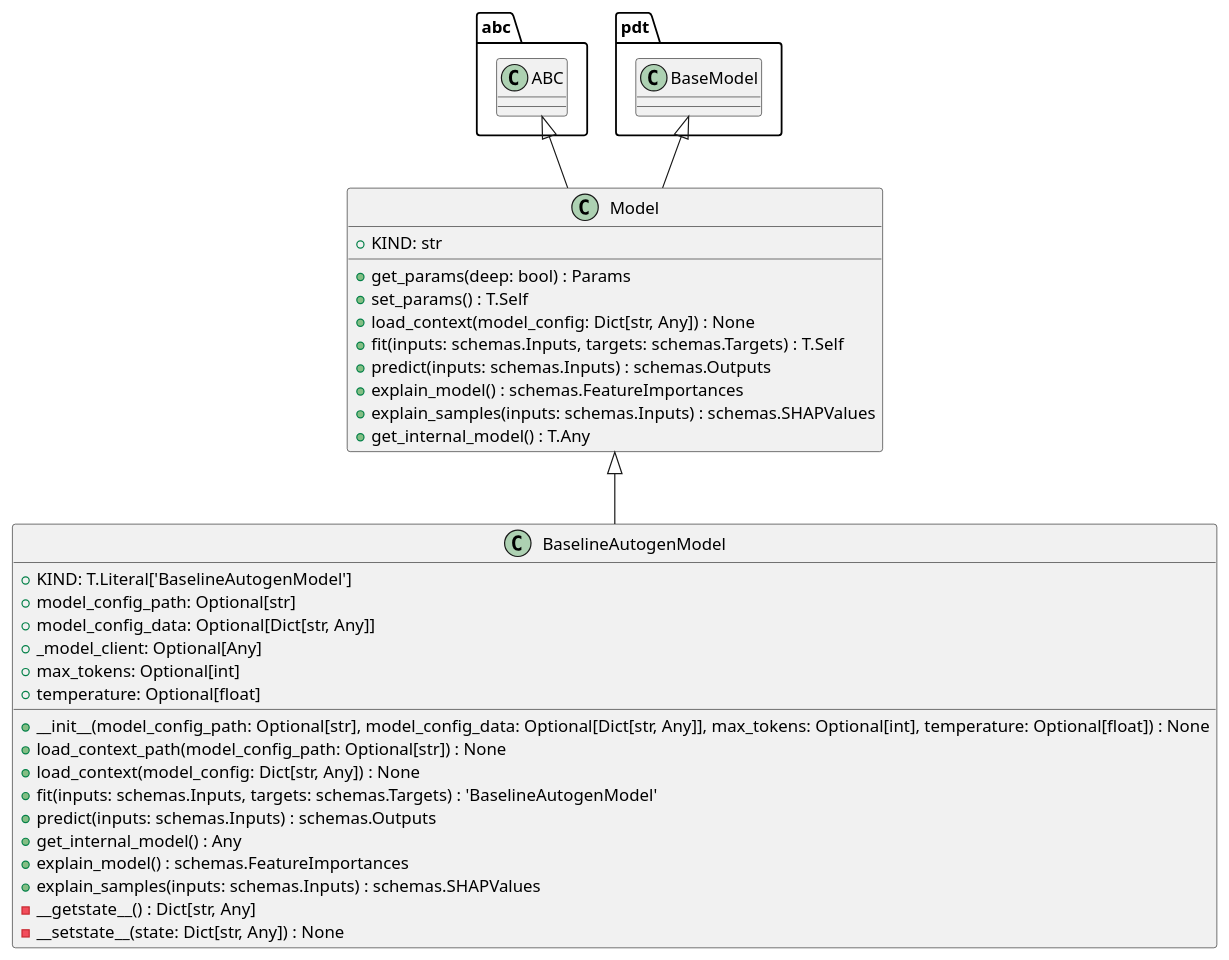
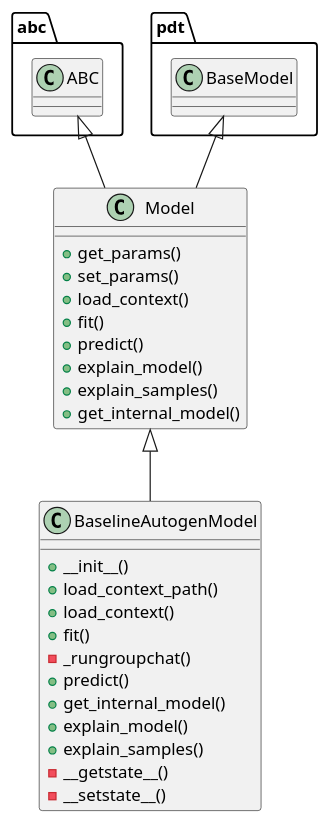
Before and after one commit to lgcorzo/llmops-python-package: the diagram in openwiki/src/autogen_team/models/entities.md, drawn with PlantUML. The commit also changed other lines of this file and 77 other files, not shown here.

````diff
--- a/openwiki/src/autogen_team/models/entities.md
+++ b/openwiki/src/autogen_team/models/entities.md
@@ -65,36 +545,30 @@
 ```plantuml
 @startuml
-    abc.ABC <|-- Model
-    pdt.BaseModel <|-- Model
-    class Model {
-        +KIND: str
-        +get_params(deep: bool) : Params
-        +set_params() : T.Self
-        +load_context(model_config: Dict[str, Any]) : None
-        +fit(inputs: schemas.Inputs, targets: schemas.Targets) : T.Self
-        +predict(inputs: schemas.Inputs) : schemas.Outputs
-        +explain_model() : schemas.FeatureImportances
-        +explain_samples(inputs: schemas.Inputs) : schemas.SHAPValues
-        +get_internal_model() : T.Any
-    }
-    Model <|-- BaselineAutogenModel
-    class BaselineAutogenModel {
-        +KIND: T.Literal['BaselineAutogenModel']
-        +model_config_path: Optional[str]
-        +model_config_data: Optional[Dict[str, Any]]
-        +_model_client: Optional[Any]
-        +max_tokens: Optional[int]
-        +temperature: Optional[float]
-        +__init__(model_config_path: Optional[str], model_config_data: Optional[Dict[str, Any]], max_tokens: Optional[int], temperature: Optional[float]) : None
-        +load_context_path(model_config_path: Optional[str]) : None
-        +load_context(model_config: Dict[str, Any]) : None
-        +fit(inputs: schemas.Inputs, targets: schemas.Targets) : 'BaselineAutogenModel'
-        +predict(inputs: schemas.Inputs) : schemas.Outputs
-        +get_internal_model() : Any
-        +explain_model() : schemas.FeatureImportances
-        +explain_samples(inputs: schemas.Inputs) : schemas.SHAPValues
-        -__getstate__() : Dict[str, Any]
-        -__setstate__(state: Dict[str, Any]) : None
-    }
+class Model {
+  + get_params()
+  + set_params()
+  + load_context()
+  + fit()
+  + predict()
+  + explain_model()
+  + explain_samples()
+  + get_internal_model()
+}
+abc.ABC <|-- Model
+pdt.BaseModel <|-- Model
+class BaselineAutogenModel {
+  + __init__()
+  + load_context_path()
+  + load_context()
+  + fit()
+  - _rungroupchat()
+  + predict()
+  + get_internal_model()
+  + explain_model()
+  + explain_samples()
+  - __getstate__()
+  - __setstate__()
+}
+Model <|-- BaselineAutogenModel
 @enduml
 ```
````
